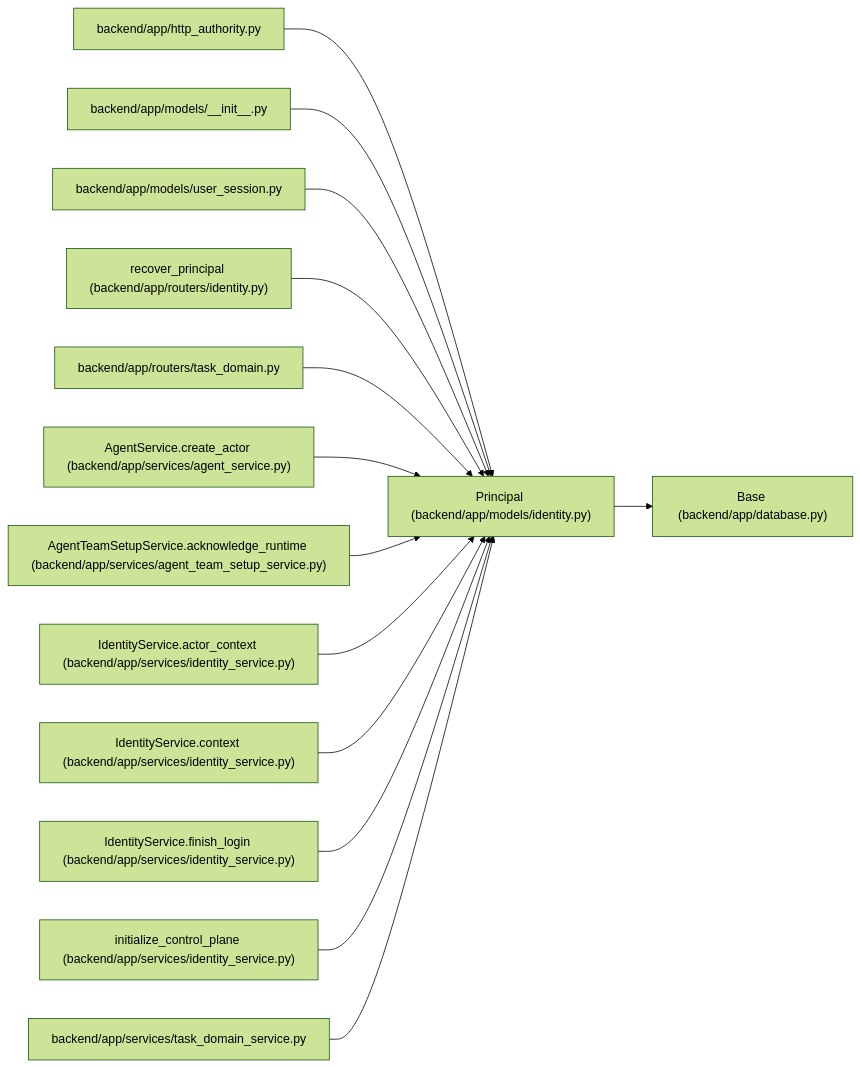
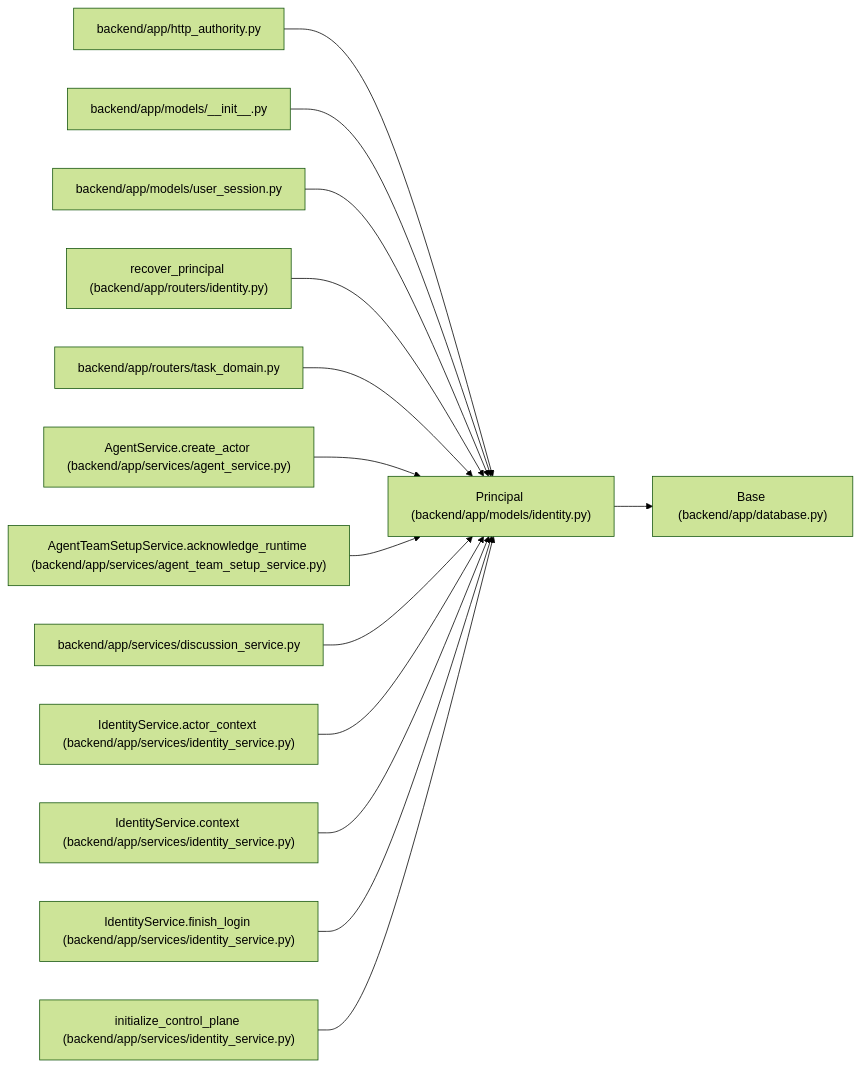
One commit to Denissvgn/WorkChord changed the diagram in docs/llm_wiki/entities/Principal.md. Above: the diagram before and after it, drawn with Mermaid (forest theme). The commit also changed other lines of this file and 1888 other files, not shown here.

First line of the commit message:
Add human teamwork workflows, shared capacity, and task discussion (#7)

````diff
--- a/docs/llm_wiki/entities/Principal.md
+++ b/docs/llm_wiki/entities/Principal.md
@@ -30,44 +30,44 @@
 ```mermaid
 flowchart LR
     n0["Principal (backend/app/models/identity.py)"]
     n1["Base (backend/app/database.py)"]
     n2["backend/app/http_authority.py"]
     n3["backend/app/models/__init__.py"]
     n4["backend/app/models/user_session.py"]
     n5["recover_principal (backend/app/routers/identity.py)"]
     n6["backend/app/routers/task_domain.py"]
     n7["AgentService.create_actor (backend/app/services/agent_service.py)"]
     n8["AgentTeamSetupService.acknowledge_runtime (backend/app/services/agent_team_setup_service.py)"]
-    n9["IdentityService.actor_context (backend/app/services/identity_service.py)"]
-    n10["IdentityService.context (backend/app/services/identity_service.py)"]
-    n11["IdentityService.finish_login (backend/app/services/identity_service.py)"]
-    n12["initialize_control_plane (backend/app/services/identity_service.py)"]
-    n13["backend/app/services/task_domain_service.py"]
+    n9["backend/app/services/discussion_service.py"]
+    n10["IdentityService.actor_context (backend/app/services/identity_service.py)"]
+    n11["IdentityService.context (backend/app/services/identity_service.py)"]
+    n12["IdentityService.finish_login (backend/app/services/identity_service.py)"]
+    n13["initialize_control_plane (backend/app/services/identity_service.py)"]
     n0 --> n1
     n2 --> n0
     n3 --> n0
     n4 --> n0
     n5 --> n0
     n6 --> n0
     n7 --> n0
     n8 --> n0
     n9 --> n0
     n10 --> n0
     n11 --> n0
     n12 --> n0
     n13 --> n0
     click n0 "../modules/models_identity.md"
     click n1 "../modules/app_database.md"
     click n2 "../modules/http_authority.md"
     click n3 "../modules/models___init__.md"
     click n4 "../modules/user_session.md"
     click n5 "../modules/routers_identity.md"
     click n6 "../modules/routers_task_domain.md"
     click n7 "../modules/agent_service.md"
     click n8 "../modules/agent_team_setup_service.md"
-    click n9 "../modules/identity_service.md"
+    click n9 "../modules/discussion_service.md"
     click n10 "../modules/identity_service.md"
     click n11 "../modules/identity_service.md"
     click n12 "../modules/identity_service.md"
-    click n13 "../modules/task_domain_service.md"
+    click n13 "../modules/identity_service.md"
 ```
````
